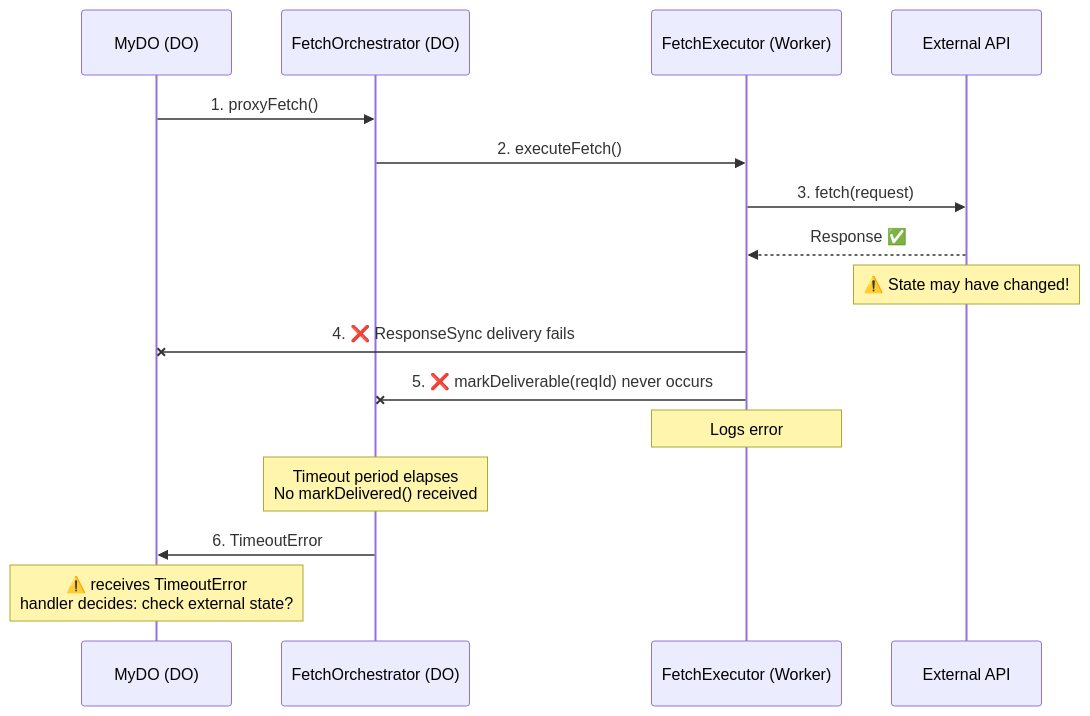
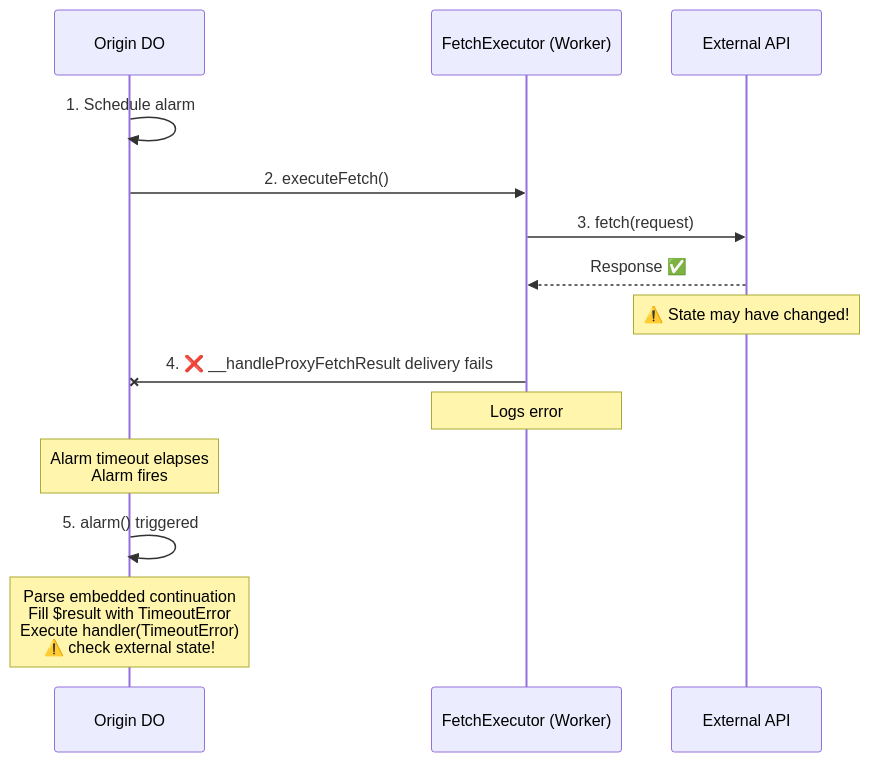
Before and after one commit to lumenize/lumenize: the ninth of 14 diagrams in website/docs/proxy-fetch/architecture-and-failure-modes.mdx, drawn with Mermaid. The commit also changed other lines of this file and 46 other files, not shown here.

Commit message:
Still doing cleanup and code review on proxy-fetch but almost there

````diff
--- a/website/docs/proxy-fetch/architecture-and-failure-modes.mdx
+++ b/website/docs/proxy-fetch/architecture-and-failure-modes.mdx
@@ -345,23 +417,21 @@
 ```mermaid @skip-check
 sequenceDiagram
-    participant MyDO as MyDO (DO)
-    participant Orch as FetchOrchestrator (DO)
+    participant Origin as Origin DO
     participant Exec as FetchExecutor (Worker)
     participant API as External API
 
-    MyDO->>Orch: 1. proxyFetch()
-    Orch->>Exec: 2. executeFetch()
+    Origin->>Origin: 1. Schedule alarm
+    Origin->>Exec: 2. executeFetch()
     
     Exec->>API: 3. fetch(request)
     API-->>Exec: Response ✅
     Note over API: ⚠️ State may have changed!
     
-    Exec-xMyDO: 4. ❌ ResponseSync delivery fails
-    Exec-xOrch: 5. ❌ markDeliverable(reqId) never occurs
+    Exec-xOrigin: 4. ❌ __handleProxyFetchResult delivery fails
     Note over Exec: Logs error
     
-    Note over Orch: Timeout period elapses<br/>No markDelivered() received
+    Note over Origin: Alarm timeout elapses<br/>Alarm fires
     
-    Orch->>MyDO: 6. TimeoutError
-    Note over MyDO: ⚠️ receives TimeoutError<br/>handler decides: check external state?
+    Origin->>Origin: 5. alarm() triggered
+    Note over Origin: Parse embedded continuation<br/>Fill $result with TimeoutError<br/>Execute handler(TimeoutError)<br/>⚠️ check external state!
 ```
````
